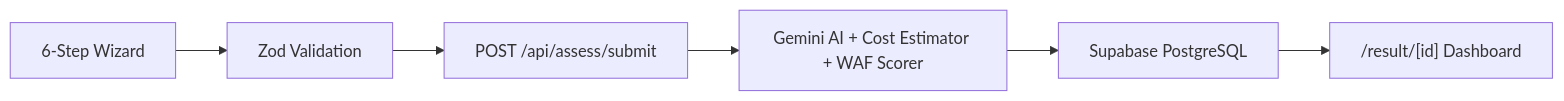
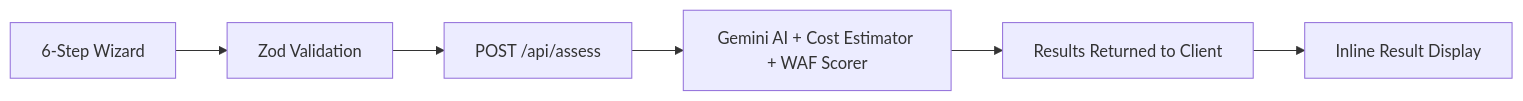
The third of 3 diagrams in README.md (AZWALUWU/arch-advisor), drawn with Mermaid before and after one commit. The commit also changed other lines of this file and 1 other file, not shown here.

````diff
--- a/README.md
+++ b/README.md
@@ -163,8 +150,8 @@
 ```mermaid
 flowchart LR
     A["6-Step Wizard"] --> B["Zod Validation"]
-    B --> C["POST /api/assess/submit"]
+    B --> C["POST /api/assess"]
     C --> D["Gemini AI + Cost Estimator + WAF Scorer"]
-    D --> E["Supabase PostgreSQL"]
-    E --> F["/result/[id] Dashboard"]
+    D --> E["Results Returned to Client"]
+    E --> F["Inline Result Display"]
 ```
````
